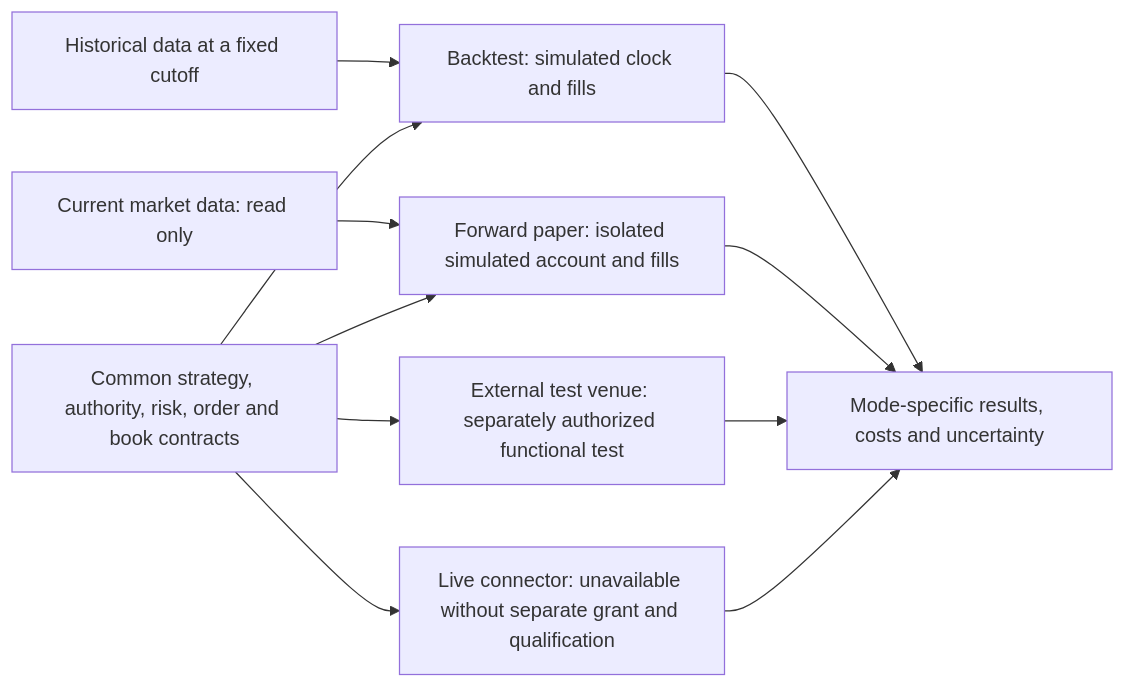
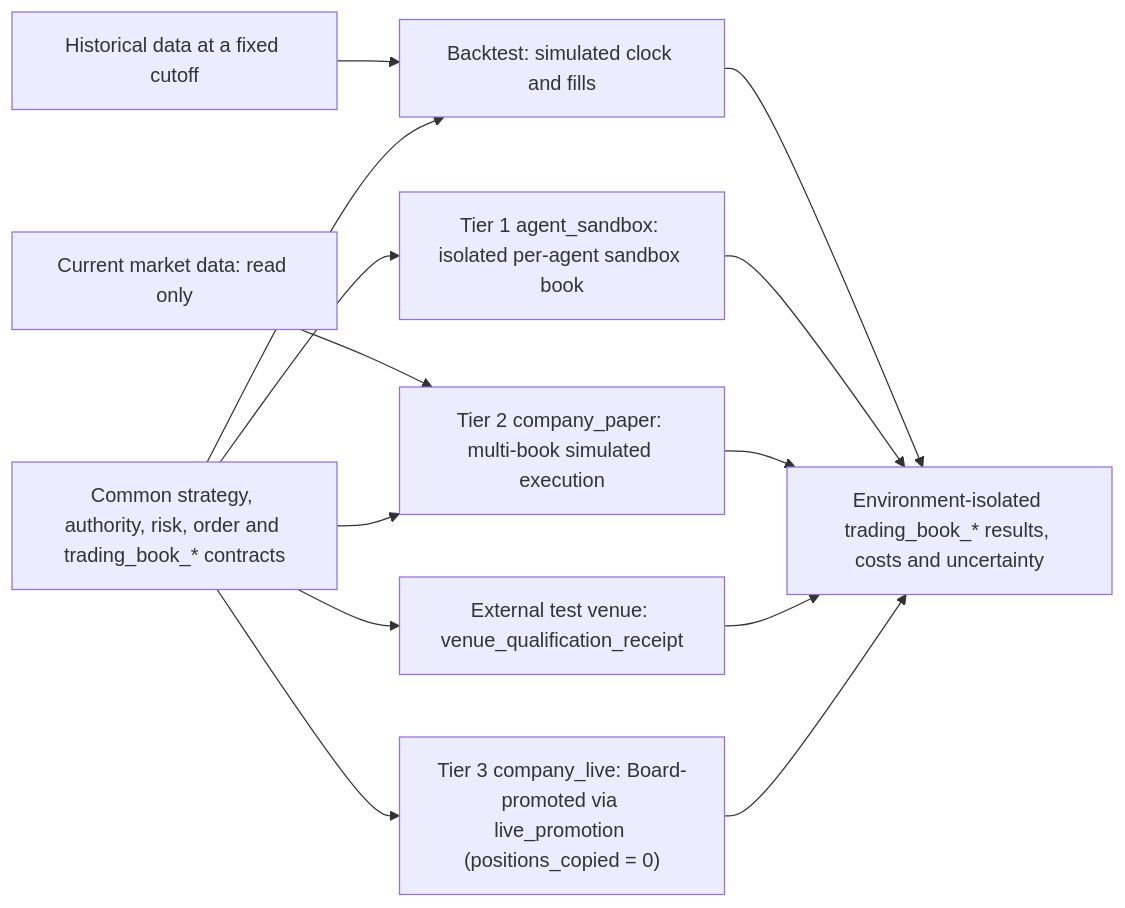
Before and after one commit to openboa-ai/sourdough: diagram 11 of 16 in docs/company-agent-quant.md, drawn with Mermaid. The commit also changed other lines of this file and 278 other files, not shown here.

First line of the commit message:
refactor(core,trading,client): separate Core Company OS from Trading domain and unify schemas (#189)

````diff
--- a/docs/company-agent-quant.md
+++ b/docs/company-agent-quant.md
@@ -301,14 +301,17 @@
 ```mermaid
 flowchart LR
-    Strategy["Common strategy, authority, risk, order and book contracts"]
+    Strategy["Common strategy, authority, risk, order and trading_book_* contracts"]
     Past["Historical data at a fixed cutoff"] --> Replay["Backtest: simulated clock and fills"]
-    Current["Current market data: read only"] --> Paper["Forward paper: isolated simulated account and fills"]
+    Sandbox["Tier 1 agent_sandbox: isolated per-agent sandbox book"]
+    Current["Current market data: read only"] --> Paper["Tier 2 company_paper: multi-book simulated execution"]
     Strategy --> Replay
+    Strategy --> Sandbox
     Strategy --> Paper
-    Strategy --> Test["External test venue: separately authorized functional test"]
-    Strategy --> Live["Live connector: unavailable without separate grant and qualification"]
-    Replay --> Results["Mode-specific results, costs and uncertainty"]
+    Strategy --> Test["External test venue: venue_qualification_receipt"]
+    Strategy --> Live["Tier 3 company_live: Board-promoted via live_promotion (positions_copied = 0)"]
+    Replay --> Results["Environment-isolated trading_book_* results, costs and uncertainty"]
+    Sandbox --> Results
     Paper --> Results
     Test --> Results
     Live --> Results
 ```
````
